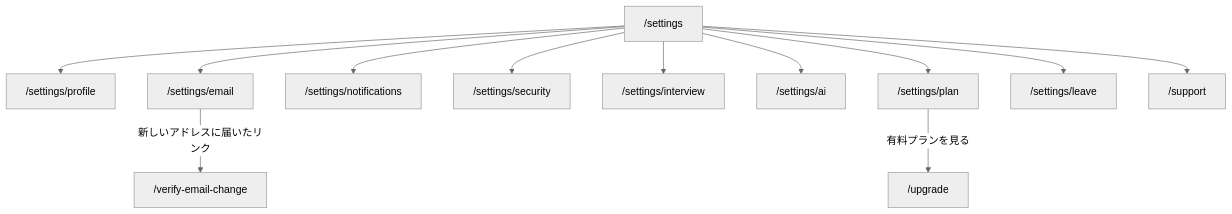
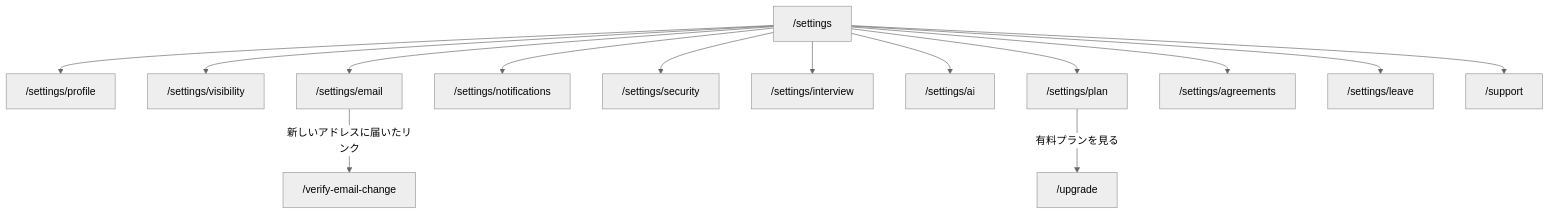
The diagram in apps/internal-dashboard/content/docs/pages/member-settings.md (masseater/typescript-template), drawn with Mermaid (neutral theme) before and after one commit. The commit also changed other lines of this file and 221 other files, not shown here.

````diff
--- a/apps/internal-dashboard/content/docs/pages/member-settings.md
+++ b/apps/internal-dashboard/content/docs/pages/member-settings.md
@@ -87,14 +106,16 @@
 ```mermaid
 flowchart TD
   settings["/settings"] --> profile["/settings/profile"]
+  settings --> visibility["/settings/visibility"]
   settings --> email["/settings/email"]
   email -- 新しいアドレスに届いたリンク --> verify["/verify-email-change"]
   settings --> notifications["/settings/notifications"]
   settings --> security["/settings/security"]
   settings --> interview["/settings/interview"]
   settings --> ai["/settings/ai"]
   settings --> plan["/settings/plan"]
+  settings --> agreements["/settings/agreements"]
   settings --> leave["/settings/leave"]
   settings --> support["/support"]
   plan -- 有料プランを見る --> upgrade["/upgrade"]
 ```
````
